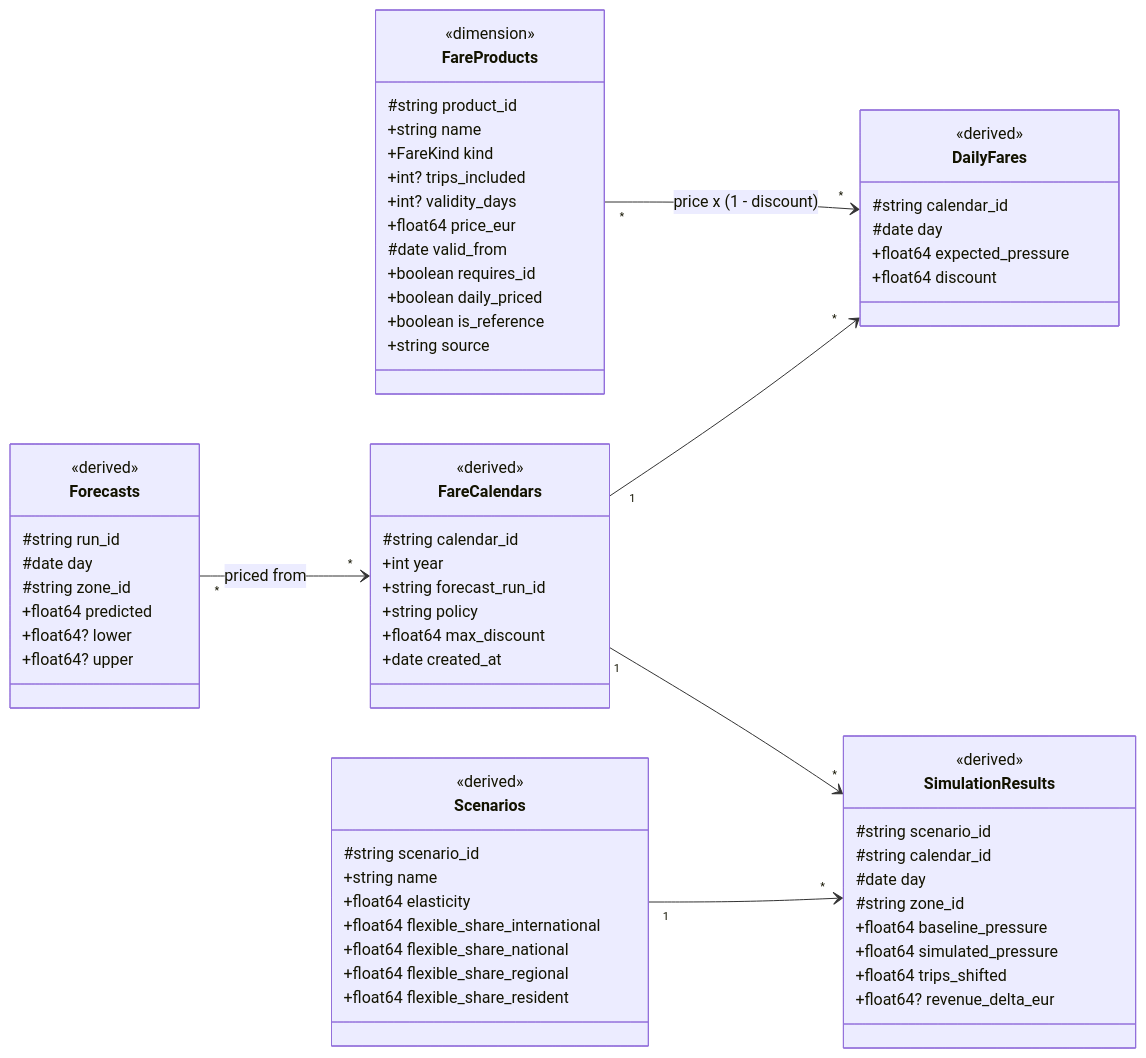
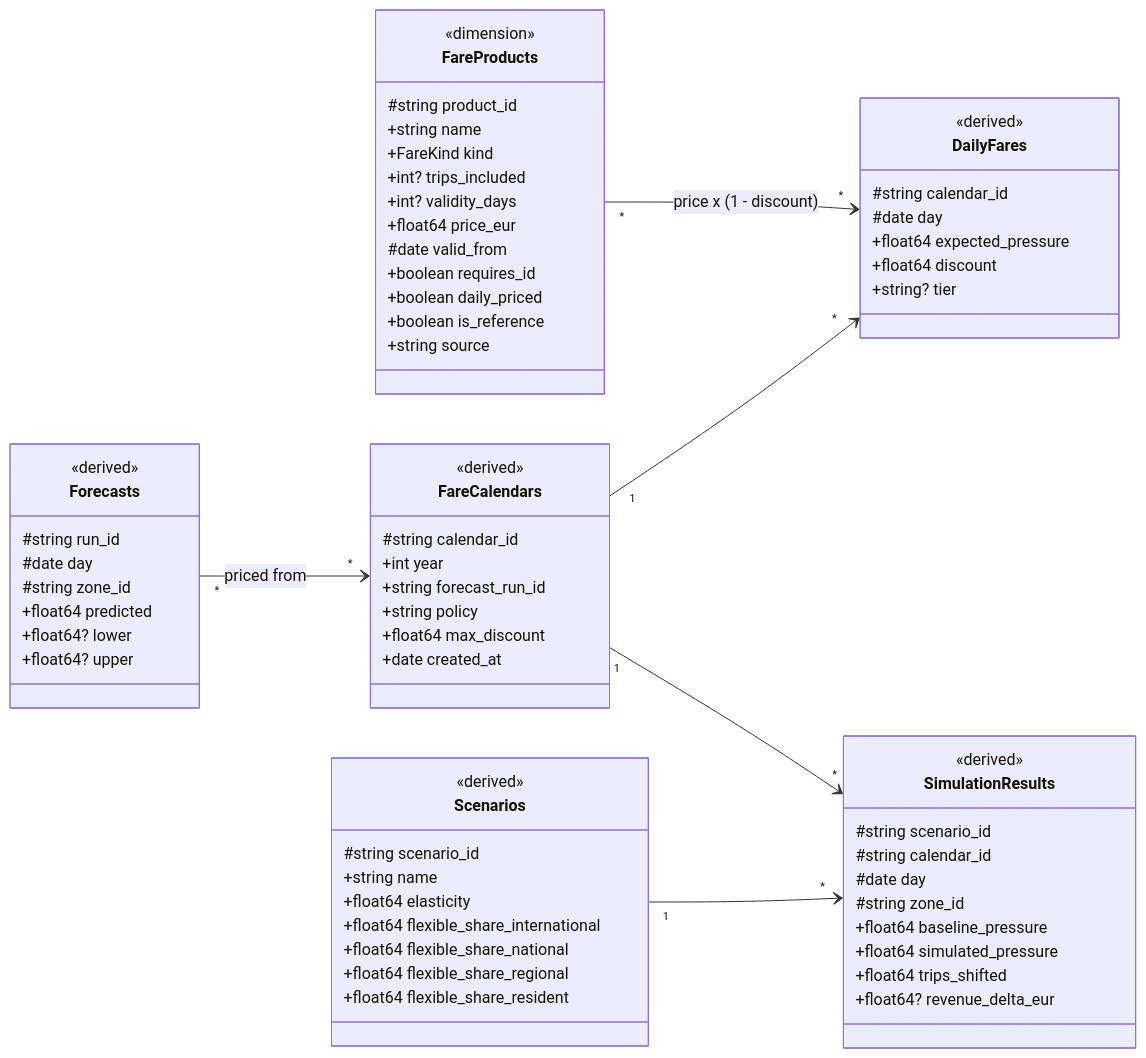
The sixth of 6 diagrams in docs/data-model.md (asteraceae/prisa), drawn with Mermaid before and after one commit. The commit also changed other lines of this file and 12 other files, not shown here.

First line of the commit message:
Notebooks 01-06, analysis tests, UML with the new tables

````diff
--- a/docs/data-model.md
+++ b/docs/data-model.md
@@ -437,69 +517,70 @@
 ```mermaid
 classDiagram
   direction LR
   class Forecasts {
     <<derived>>
     #string run_id
     #date day
     #string zone_id
     +float64 predicted
     +float64? lower
     +float64? upper
   }
   class FareProducts {
     <<dimension>>
     #string product_id
     +string name
     +FareKind kind
     +int? trips_included
     +int? validity_days
     +float64 price_eur
     #date valid_from
     +boolean requires_id
     +boolean daily_priced
     +boolean is_reference
     +string source
   }
   class FareCalendars {
     <<derived>>
     #string calendar_id
     +int year
     +string forecast_run_id
     +string policy
     +float64 max_discount
     +date created_at
   }
   class DailyFares {
     <<derived>>
     #string calendar_id
     #date day
     +float64 expected_pressure
     +float64 discount
+    +string? tier
   }
   class Scenarios {
     <<derived>>
     #string scenario_id
     +string name
     +float64 elasticity
     +float64 flexible_share_international
     +float64 flexible_share_national
     +float64 flexible_share_regional
     +float64 flexible_share_resident
   }
   class SimulationResults {
     <<derived>>
     #string scenario_id
     #string calendar_id
     #date day
     #string zone_id
     +float64 baseline_pressure
     +float64 simulated_pressure
     +float64 trips_shifted
     +float64? revenue_delta_eur
   }
   Forecasts "*" --> "*" FareCalendars : priced from
   FareCalendars "1" --> "*" DailyFares
   FareProducts "*" --> "*" DailyFares : price x (1 - discount)
   Scenarios "1" --> "*" SimulationResults
   FareCalendars "1" --> "*" SimulationResults
 ```
````
